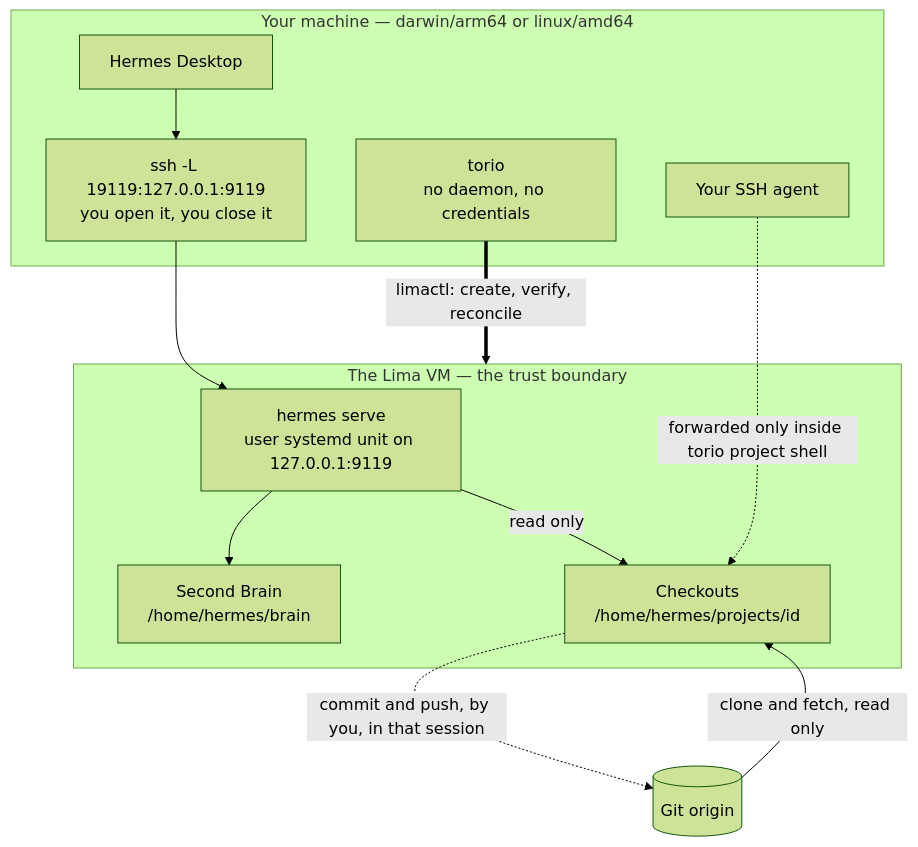
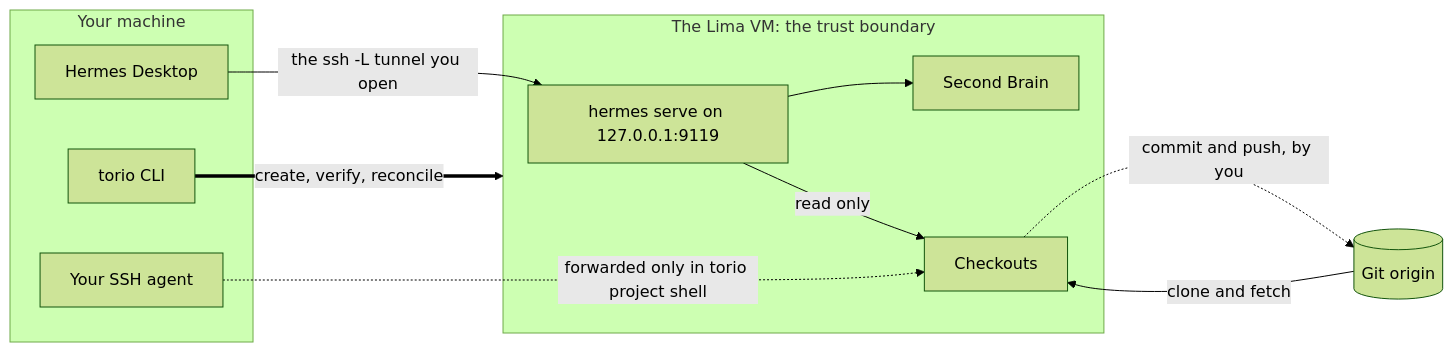
Before and after one commit to wzslr321/torio: the diagram in README.md, drawn with Mermaid (forest theme). The commit also changed other lines of this file and 4 other files, not shown here.

````diff
--- a/README.md
+++ b/README.md
@@ -60,25 +24,24 @@
 ```mermaid
-flowchart TB
-    subgraph host["Your machine — darwin/arm64 or linux/amd64"]
-        cli["torio<br>no daemon, no credentials"]
+flowchart LR
+    subgraph host["Your machine"]
         desktop["Hermes Desktop"]
-        fwd["ssh -L 19119:127.0.0.1:9119<br>you open it, you close it"]
+        cli["torio CLI"]
         agent["Your SSH agent"]
     end
 
-    subgraph vm["The Lima VM — the trust boundary"]
-        backend["hermes serve<br>user systemd unit on 127.0.0.1:9119"]
-        brain["Second Brain<br>/home/hermes/brain"]
-        work["Checkouts<br>/home/hermes/projects/id"]
+    subgraph vm["The Lima VM: the trust boundary"]
+        backend["hermes serve on 127.0.0.1:9119"]
+        brain["Second Brain"]
+        work["Checkouts"]
     end
 
     origin[("Git origin")]
 
-    cli ==>|"limactl: create, verify, reconcile"| vm
-    desktop --> fwd --> backend
+    desktop -->|"the ssh -L tunnel you open"| backend
+    cli ==>|"create, verify, reconcile"| vm
+    agent -.->|"forwarded only in torio project shell"| work
     backend --> brain
     backend -->|"read only"| work
-    origin -->|"clone and fetch, read only"| work
-    agent -.->|"forwarded only inside torio project shell"| work
-    work -.->|"commit and push, by you, in that session"| origin
+    origin -->|"clone and fetch"| work
+    work -.->|"commit and push, by you"| origin
 ```
````
